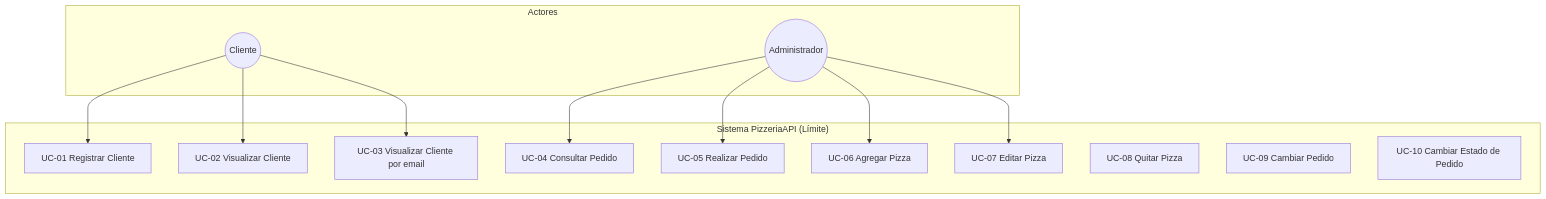
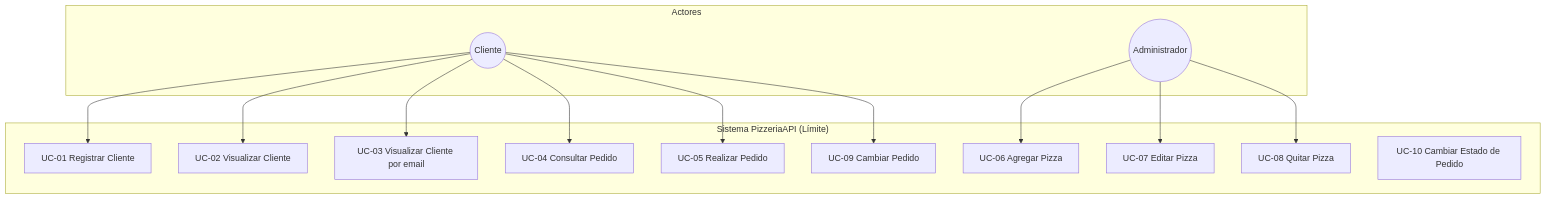
Before and after one commit to MonkiCapo/Trabajos2026: the diagram in Plan3.2/Docs/CasosDeUso.md, drawn with Mermaid.

Commit message:
Al fin subi algo2

````diff
--- a/Plan3.2/Docs/CasosDeUso.md
+++ b/Plan3.2/Docs/CasosDeUso.md
@@ -10,28 +10,31 @@
 ```mermaid
 graph TB
     subgraph Actores
         CLI((Cliente))
         ADM((Administrador))
     end
 
     subgraph "Sistema PizzeriaAPI (Límite)"
         UC1["UC-01 Registrar Cliente"]
         UC2["UC-02 Visualizar Cliente"]
         UC3["UC-03 Visualizar Cliente por email"]
         UC4["UC-04 Consultar Pedido"]
         UC5["UC-05 Realizar Pedido"]
-        UC6["UC-06 Agregar Pizza"]
-        UC7["UC-07 Editar Pizza"]
-        UC8["UC-08 Quitar Pizza"]
-        UC9["UC-09 Cambiar Pedido"]
+        UC6["UC-09 Cambiar Pedido"]
+        UC7["UC-06 Agregar Pizza"]
+        UC8["UC-07 Editar Pizza"]
+        UC9["UC-08 Quitar Pizza"]
+        
         UC10["UC-10 Cambiar Estado de Pedido"]
     end
 
     CLI --> UC1
     CLI --> UC2
     CLI --> UC3
-    ADM --> UC4
-    ADM --> UC5
-    ADM --> UC6
+    CLI --> UC4
+    CLI --> UC5
+    CLI --> UC6
     ADM --> UC7
+    ADM --> UC8
+    ADM --> UC9
 ```
````
